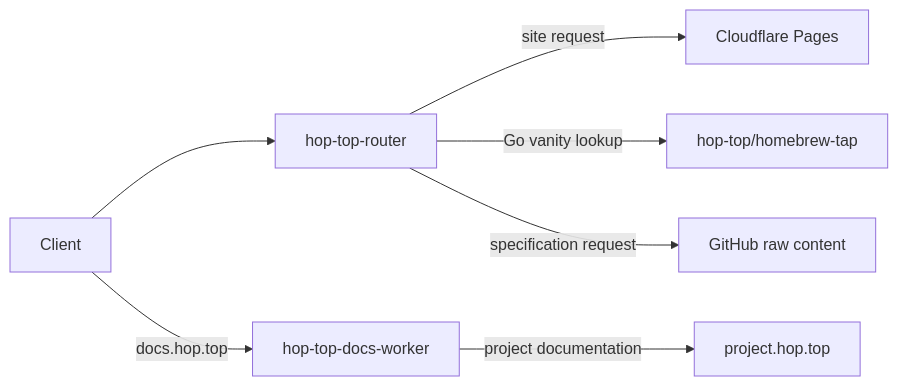
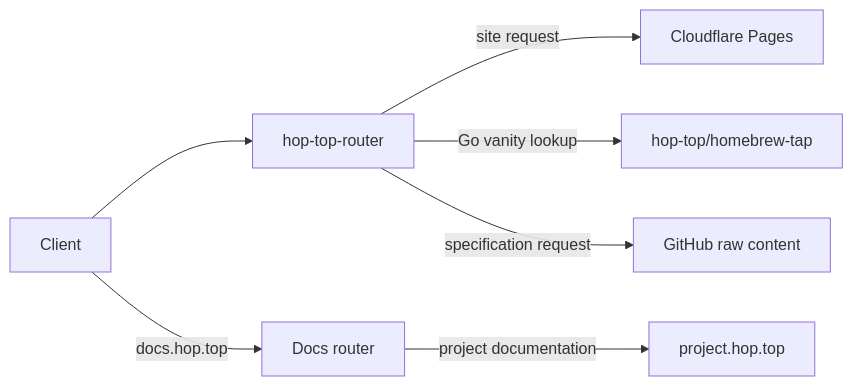
One commit to hop-top/hop.top changed the diagram in docs/ARCHITECTURE.md. Above: the diagram before and after it, drawn with Mermaid. The commit also changed other lines of this file and 72 other files, not shown here.

````diff
--- a/docs/ARCHITECTURE.md
+++ b/docs/ARCHITECTURE.md
@@ -9,9 +9,9 @@
 ```mermaid
 flowchart LR
   client[Client] --> router[hop-top-router]
   router -->|site request| pages[Cloudflare Pages]
   router -->|Go vanity lookup| tap[hop-top/homebrew-tap]
   router -->|specification request| raw[GitHub raw content]
-  client -->|docs.hop.top| docs[hop-top-docs-worker]
+  client -->|docs.hop.top| docs[Docs router]
   docs -->|project documentation| project[project.hop.top]
 ```
````
